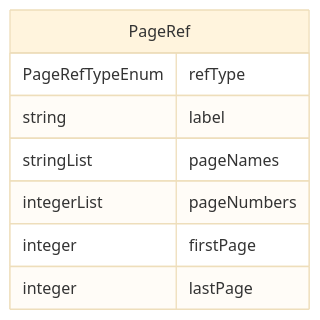
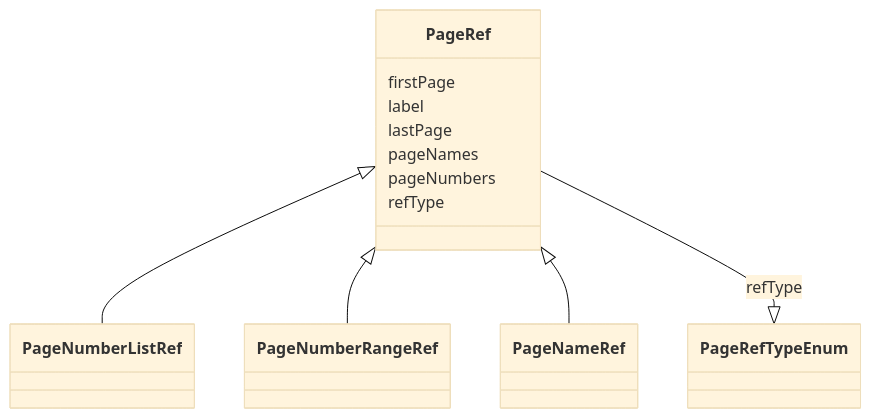
Before and after one commit to cdisc-org/analysis-results-standard: the diagram in project/docs/PageRef.md, drawn with Mermaid (base theme). The commit also changed 256 other files, not shown here.

Commit message:
Documentation diagrams

````diff
--- a/project/docs/PageRef.md
+++ b/project/docs/PageRef.md
@@ -15,14 +17,23 @@
 ```mermaid
-erDiagram
-PageRef {
-    PageRefTypeEnum refType  
-    string label  
-    stringList pageNames  
-    integerList pageNumbers  
-    integer firstPage  
-    integer lastPage  
-}
-
-
-
+ classDiagram
+    class PageRef
+      PageRef <|-- PageNumberListRef
+      PageRef <|-- PageNumberRangeRef
+      PageRef <|-- PageNameRef
+      
+      PageRef : firstPage
+        
+      PageRef : label
+        
+      PageRef : lastPage
+        
+      PageRef : pageNames
+        
+      PageRef : pageNumbers
+        
+      PageRef : refType
+        
+          PageRef --|> PageRefTypeEnum : refType
+        
+      
 ```
````
